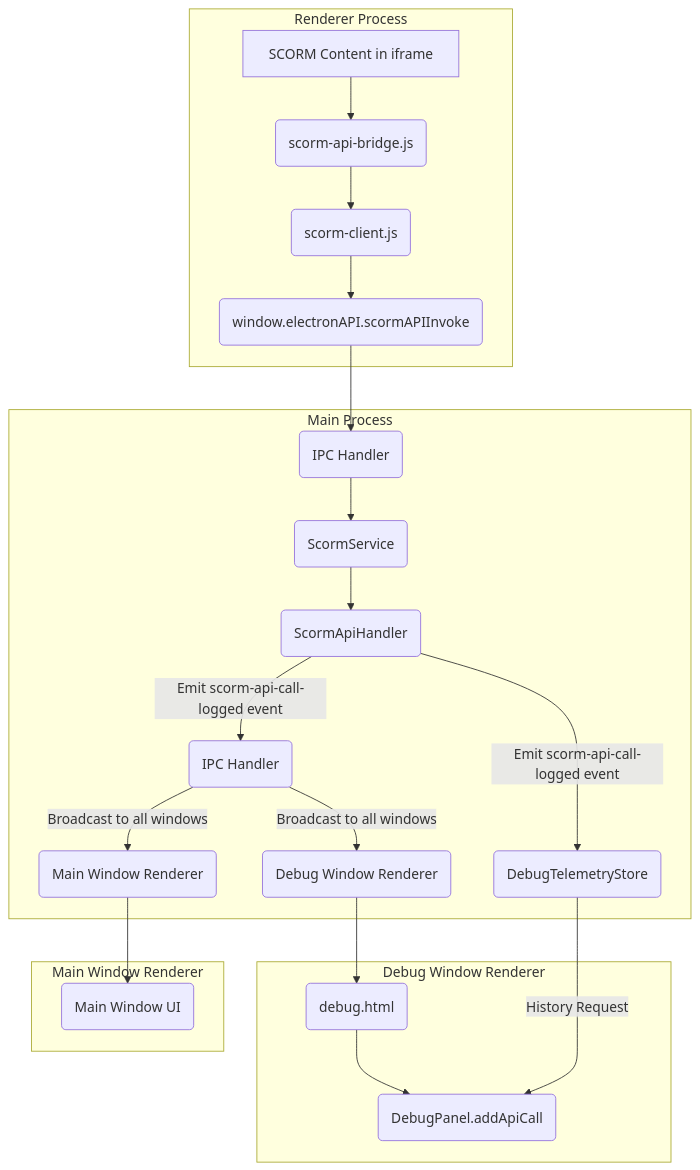
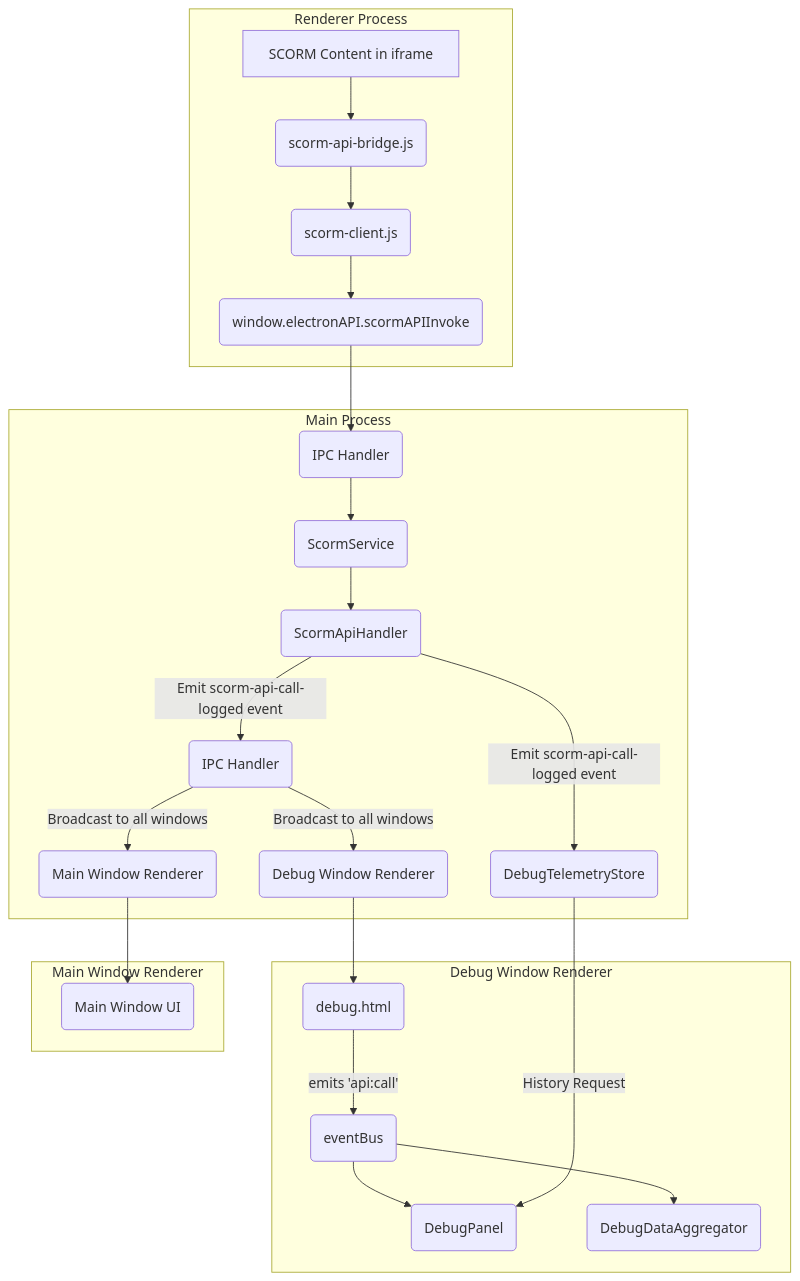
One commit to svincent240/scorm-tester changed the diagram in dev_docs/debug-panel-refactor-plan.md. Above: the diagram before and after it, drawn with Mermaid. The commit also changed other lines of this file and 2 other files, not shown here.

First line of the commit message:
docs(dev): Update debug panel refactor plan

````diff
--- a/dev_docs/debug-panel-refactor-plan.md
+++ b/dev_docs/debug-panel-refactor-plan.md
@@ -111,29 +112,31 @@
 ```mermaid
 graph TD
     subgraph Renderer Process
         A[SCORM Content in iframe] --> B(scorm-api-bridge.js);
         B --> C(scorm-client.js);
         C --> D(window.electronAPI.scormAPIInvoke);
     end
 
     subgraph Main Process
         D --> E(IPC Handler);
         E --> F(ScormService);
         F --> G(ScormApiHandler);
         G -- Emit scorm-api-call-logged event --> H(DebugTelemetryStore);
         G -- Emit scorm-api-call-logged event --> I(IPC Handler);
         I -- Broadcast to all windows --> J(Main Window Renderer);
         I -- Broadcast to all windows --> K(Debug Window Renderer);
     end
 
     subgraph Debug Window Renderer
         K --> L(debug.html);
-        L --> M(DebugPanel.addApiCall);
+        L -- emits 'api:call' --> EB(eventBus);
+        EB --> M(DebugPanel);
+        EB --> DA(DebugDataAggregator);
     end
 
     subgraph Main Window Renderer
         J --> N(Main Window UI);
     end
 
     H -- History Request --> M;
 ```
````
